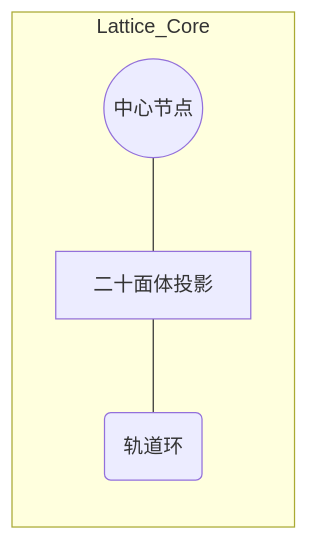
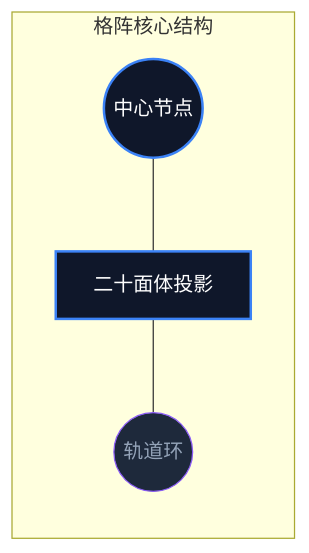
Before and after one commit to QQDDTT/Dark-Lattice: the diagram in docs/LOGO_DESIGN.md, drawn with Mermaid. The commit also changed 29 other files, not shown here.

Commit message:
feat: add Mermaid diagram rendering and featured image support to blog cards with updated UI styles

````diff
--- a/docs/LOGO_DESIGN.md
+++ b/docs/LOGO_DESIGN.md
@@ -36,7 +36,13 @@
 ```mermaid
 graph LR
-    subgraph Lattice_Core
+    classDef core fill:#0F172A,stroke:#3B82F6,stroke-width:2px,color:#fff;
+    classDef ring fill:#1E293B,stroke:#8B5CF6,stroke-width:1px,dasharray: 5 5,color:#94A3B8;
+
+    subgraph Lattice_Core [格阵核心结构]
         A((中心节点)) --- B[二十面体投影]
-        B --- C(轨道环)
+        B --- C((轨道环))
     end
+
+    class A,B core;
+    class C ring;
 ```
````
